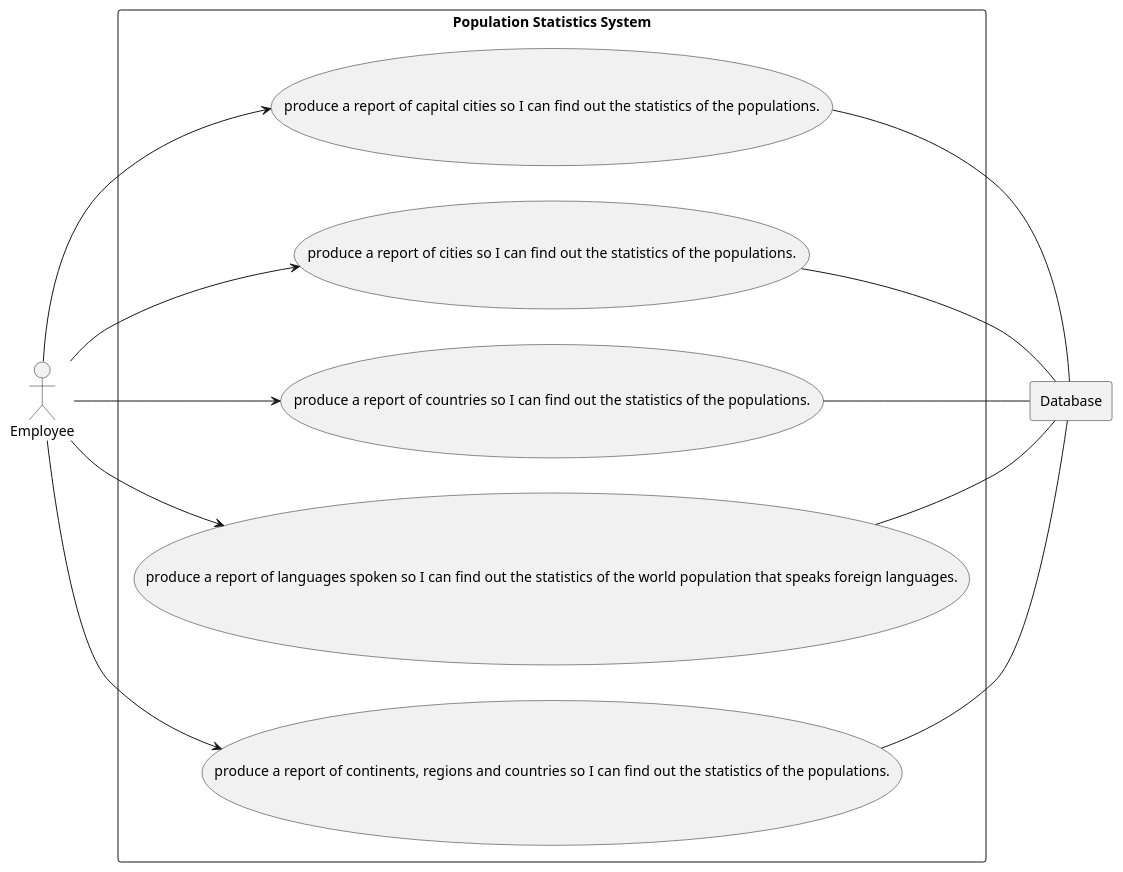
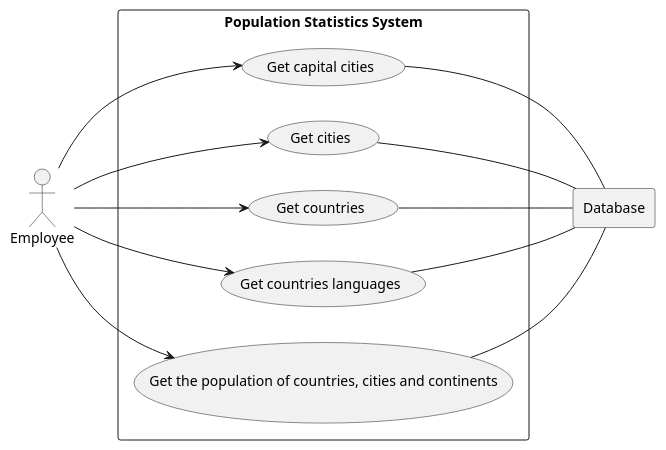
One commit to benhasselgren/sem-group-project changed the diagram in use-cases/population.puml. Above: the diagram before and after it, drawn with PlantUML.

Commit message:
Updates use case diagram to have more concise user stories

```diff
--- a/use-cases/population.puml
+++ b/use-cases/population.puml
@@ -1,29 +1,29 @@
 @startuml
 
 'default
 left to right direction
 actor Employee
 rectangle Database
 
 rectangle "Population Statistics System" {
 
-    usecase UC1 as "produce a report of capital cities so I can find out the statistics of the populations."
-    usecase UC2 as "produce a report of cities so I can find out the statistics of the populations."
-    usecase UC3 as "produce a report of countries so I can find out the statistics of the populations."
-    usecase UC4 as "produce a report of languages spoken so I can find out the statistics of the world population that speaks foreign languages."
-    usecase UC5 as "produce a report of continents, regions and countries so I can find out the statistics of the populations."
+    usecase UC1 as "Get capital cities"
+    usecase UC2 as "Get cities"
+    usecase UC3 as "Get countries"
+    usecase UC4 as "Get countries languages"
+    usecase UC5 as "Get the population of countries, cities and continents"
 
 
     Employee --> UC1
     UC1 -- Database
     Employee --> UC2
     UC2 -- Database
     Employee --> UC3
     UC3 -- Database
     Employee --> UC4
     UC4 -- Database
     Employee --> UC5
     UC5 -- Database
 
 }
 @enduml
```
